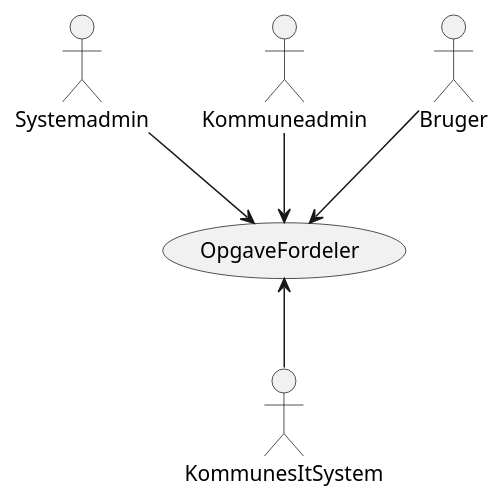
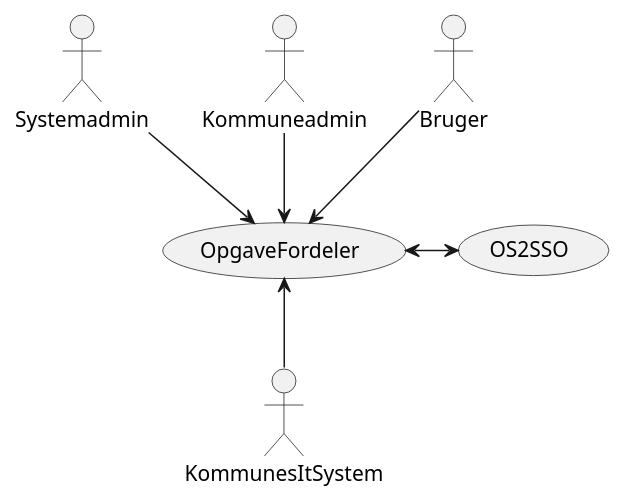
Before and after one commit to OS2Opgavefordeler/os2opgavefordeler: the diagram in docs/context.puml, drawn with PlantUML.

Commit message:
Added OS2SSO to context

```diff
--- a/docs/context.puml
+++ b/docs/context.puml
@@ -1,9 +1,10 @@
 @startuml
 
 Systemadmin --> (OpgaveFordeler)
 Kommuneadmin --> (OpgaveFordeler)
 Bruger --> (OpgaveFordeler)
 
 (OpgaveFordeler) <-- KommunesItSystem
+(OpgaveFordeler) <-> (OS2SSO)
 
 @enduml
```
